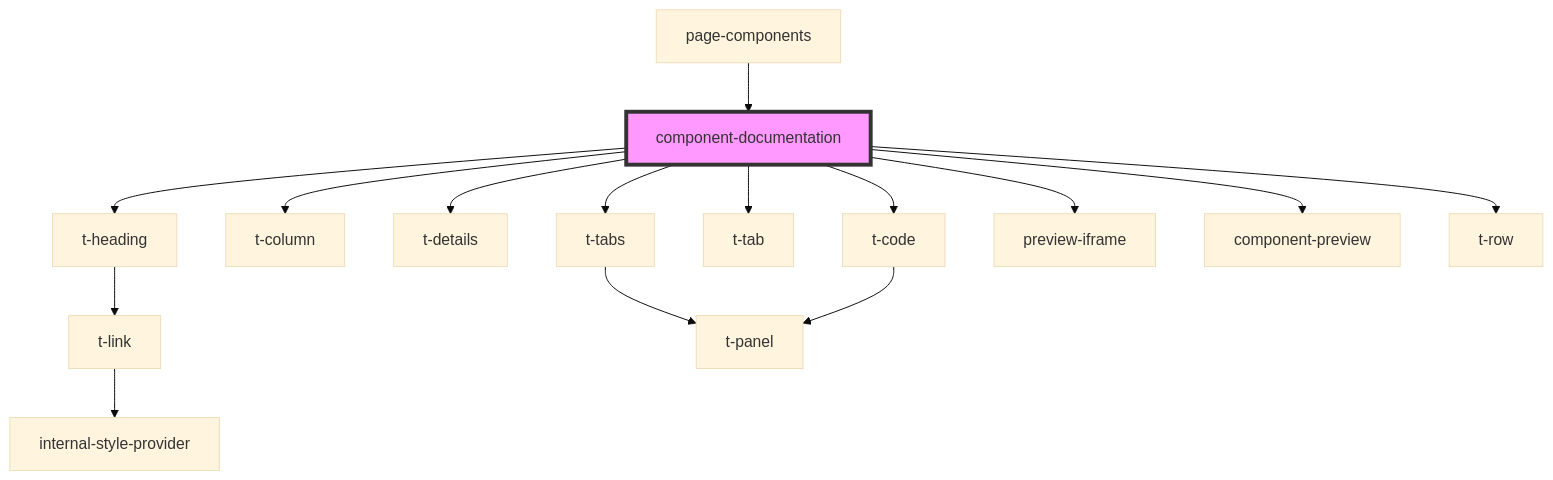
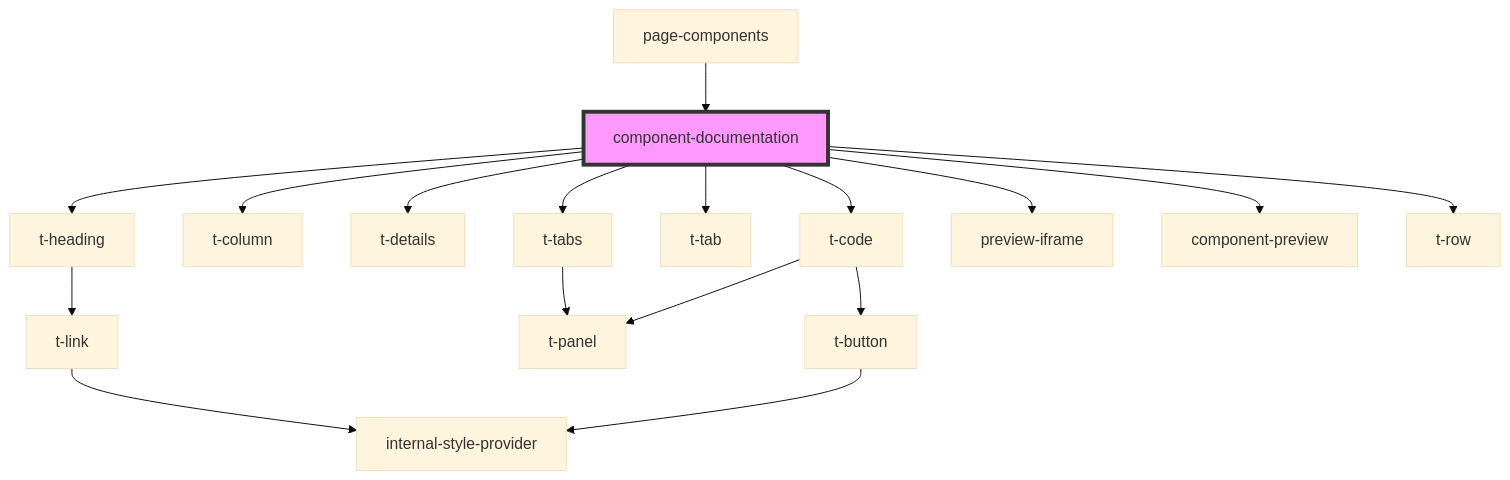
The diagram in packages/t-web-components/src/preview-app/component-documentation/readme.md (TomasEng/web-components), drawn with Mermaid (base theme) before and after one commit. The commit also changed 26 other files, not shown here.

````diff
--- a/packages/t-web-components/src/preview-app/component-documentation/readme.md
+++ b/packages/t-web-components/src/preview-app/component-documentation/readme.md
@@ -36,18 +36,20 @@
 ```mermaid
 graph TD;
   component-documentation --> t-heading
   component-documentation --> t-column
   component-documentation --> t-details
   component-documentation --> t-tabs
   component-documentation --> t-tab
   component-documentation --> t-code
   component-documentation --> preview-iframe
   component-documentation --> component-preview
   component-documentation --> t-row
   t-heading --> t-link
   t-link --> internal-style-provider
   t-tabs --> t-panel
   t-code --> t-panel
+  t-code --> t-button
+  t-button --> internal-style-provider
   page-components --> component-documentation
   style component-documentation fill:#f9f,stroke:#333,stroke-width:4px
 ```
````
